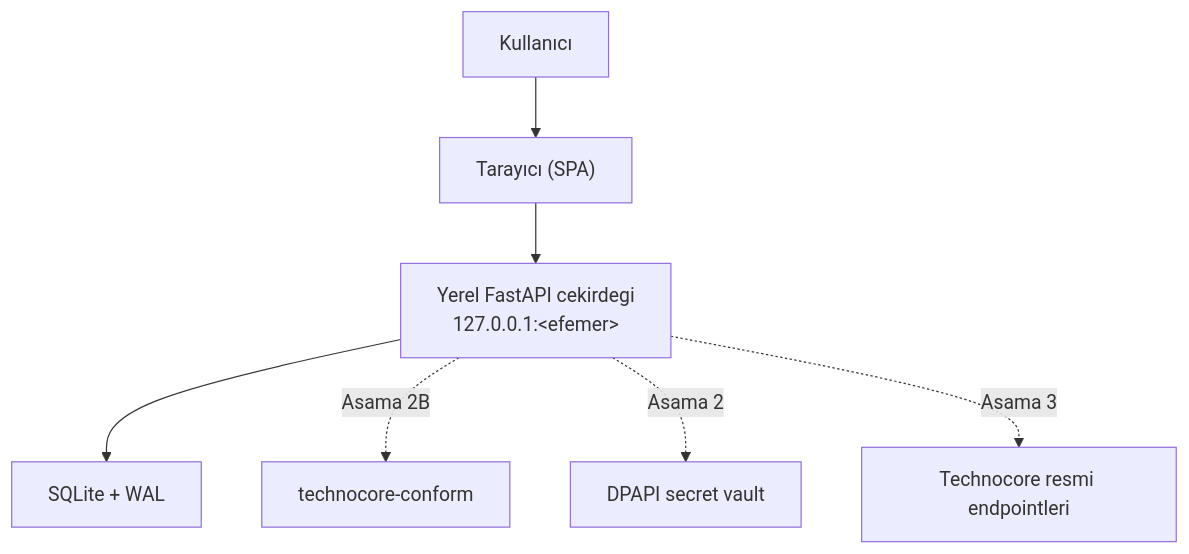
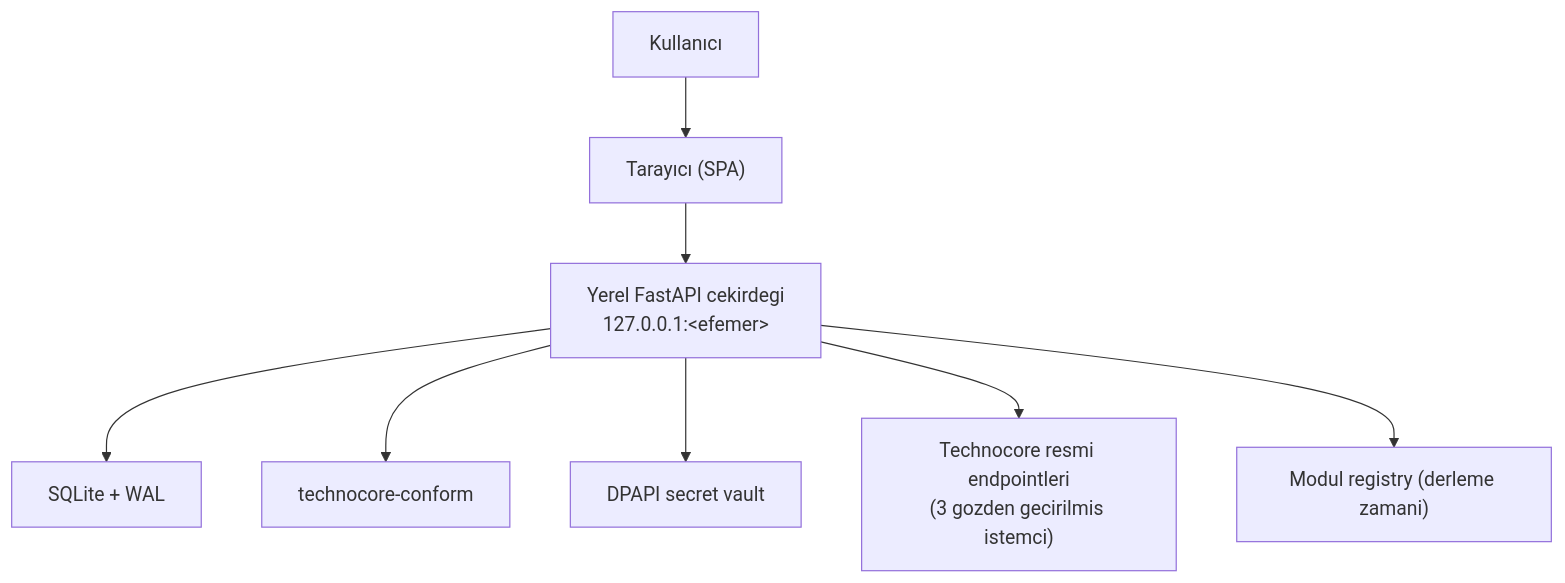
The first of 2 diagrams in docs/architecture.md (tunahanarik/technocore-station), drawn with Mermaid before and after one commit. The commit also changed other lines of this file and 30 other files, not shown here.

````diff
--- a/docs/architecture.md
+++ b/docs/architecture.md
@@ -28,9 +39,10 @@
 ```mermaid
 flowchart TD
     U["Kullanıcı"] --> B["Tarayıcı (SPA)"]
     B --> API["Yerel FastAPI cekirdegi<br/>127.0.0.1:&lt;efemer&gt;"]
     API --> DB["SQLite + WAL"]
-    API -. "Asama 2B" .-> C["technocore-conform"]
-    API -. "Asama 2" .-> V["DPAPI secret vault"]
-    API -. "Asama 3" .-> T["Technocore resmi endpointleri"]
+    API --> C["technocore-conform"]
+    API --> V["DPAPI secret vault"]
+    API --> T["Technocore resmi endpointleri<br/>(3 gozden gecirilmis istemci)"]
+    API --> M["Modul registry (derleme zamani)"]
 ```
````
